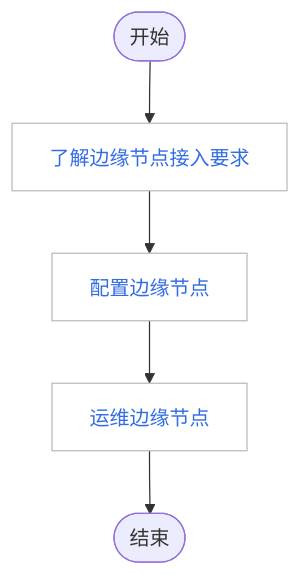
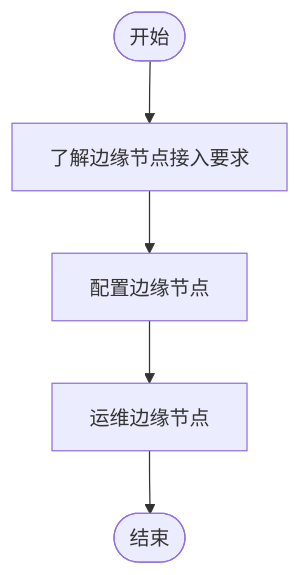
The diagram in docs/zh/docs/kant/user-guide/node/index.md (DaoCloud/DaoCloud-docs), drawn with Mermaid before and after one commit. The commit also changed 40 other files, not shown here.

Commit message:
remove classdef and class from mermaid blocks globally (#7555)

````diff
--- a/docs/zh/docs/kant/user-guide/node/index.md
+++ b/docs/zh/docs/kant/user-guide/node/index.md
@@ -16,15 +16,9 @@
 ```mermaid
 graph TB
 
 start1([开始]) --> require[了解边缘节点接入要求] --> config[配置边缘节点] -->oam[运维边缘节点] --> end1([结束])
 
-classDef plain fill:#ddd,stroke:#fff,stroke-width:1px,color:#000;
-classDef k8s fill:#326ce5,stroke:#fff,stroke-width:1px,color:#fff;
-classDef cluster fill:#fff,stroke:#bbb,stroke-width:1px,color:#326ce5;
-
-class require,config,oam cluster
-
 click require "https://docs.daocloud.io/kant/user-guide/node/join-rqmt.html"
 click config "https://docs.daocloud.io/kant/user-guide/node/access-guide.html"
 click oam "https://docs.daocloud.io/kant/user-guide/node/manage-node.html"
 ```
````
